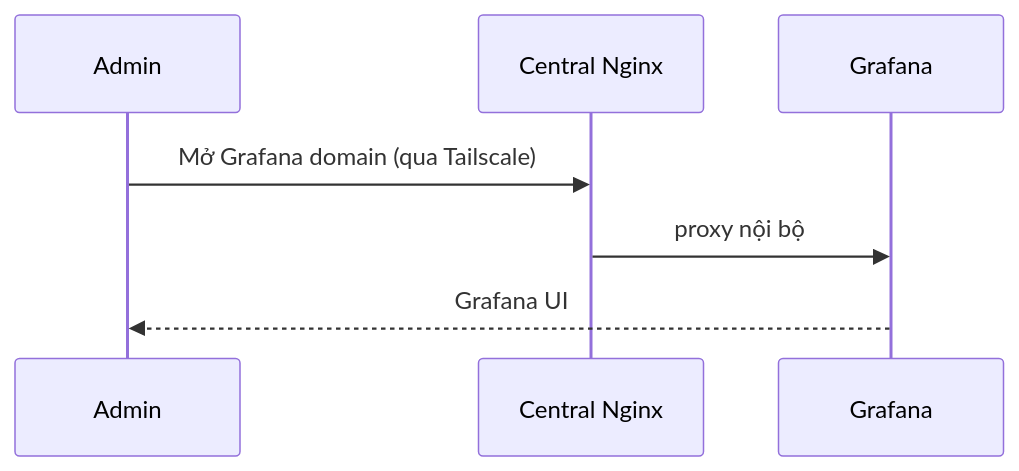
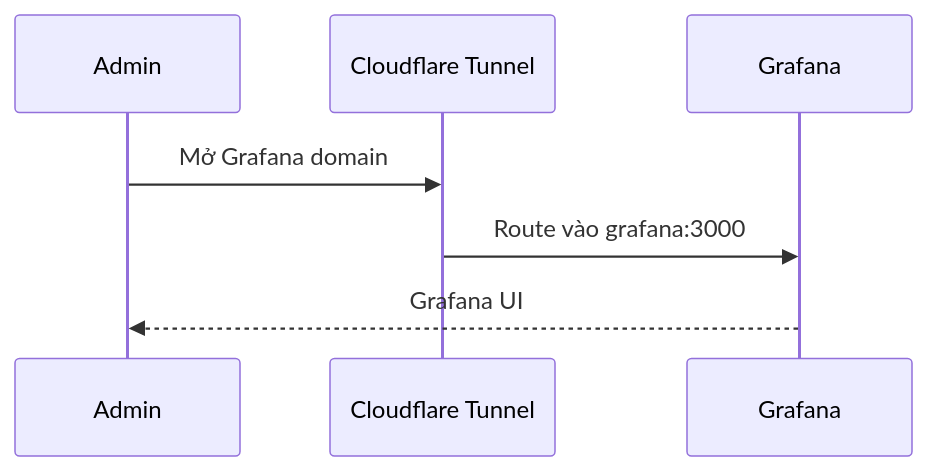
The fourth of 5 diagrams in docs/architecture.md (bambootv/nginx_cadvisor_prometheus_grafana), drawn with Mermaid before and after one commit. The commit also changed other lines of this file and 3 other files, not shown here.

````diff
--- a/docs/architecture.md
+++ b/docs/architecture.md
@@ -243,10 +243,10 @@
 ```mermaid
 sequenceDiagram
     participant A as Admin
-    participant N as Central Nginx
+    participant C as Cloudflare Tunnel
     participant G as Grafana
 
-    A->>N: Mở Grafana domain (qua Tailscale)
-    N->>G: proxy nội bộ
+    A->>C: Mở Grafana domain
+    C->>G: Route vào grafana:3000
     G-->>A: Grafana UI
 ```
````
